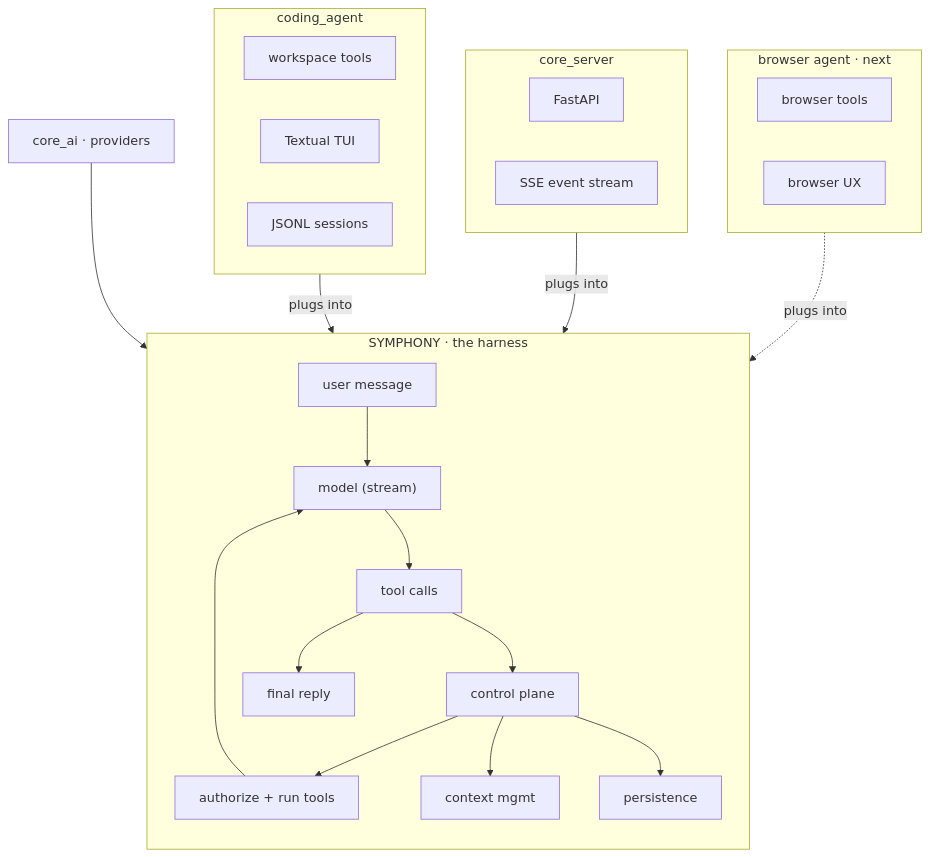
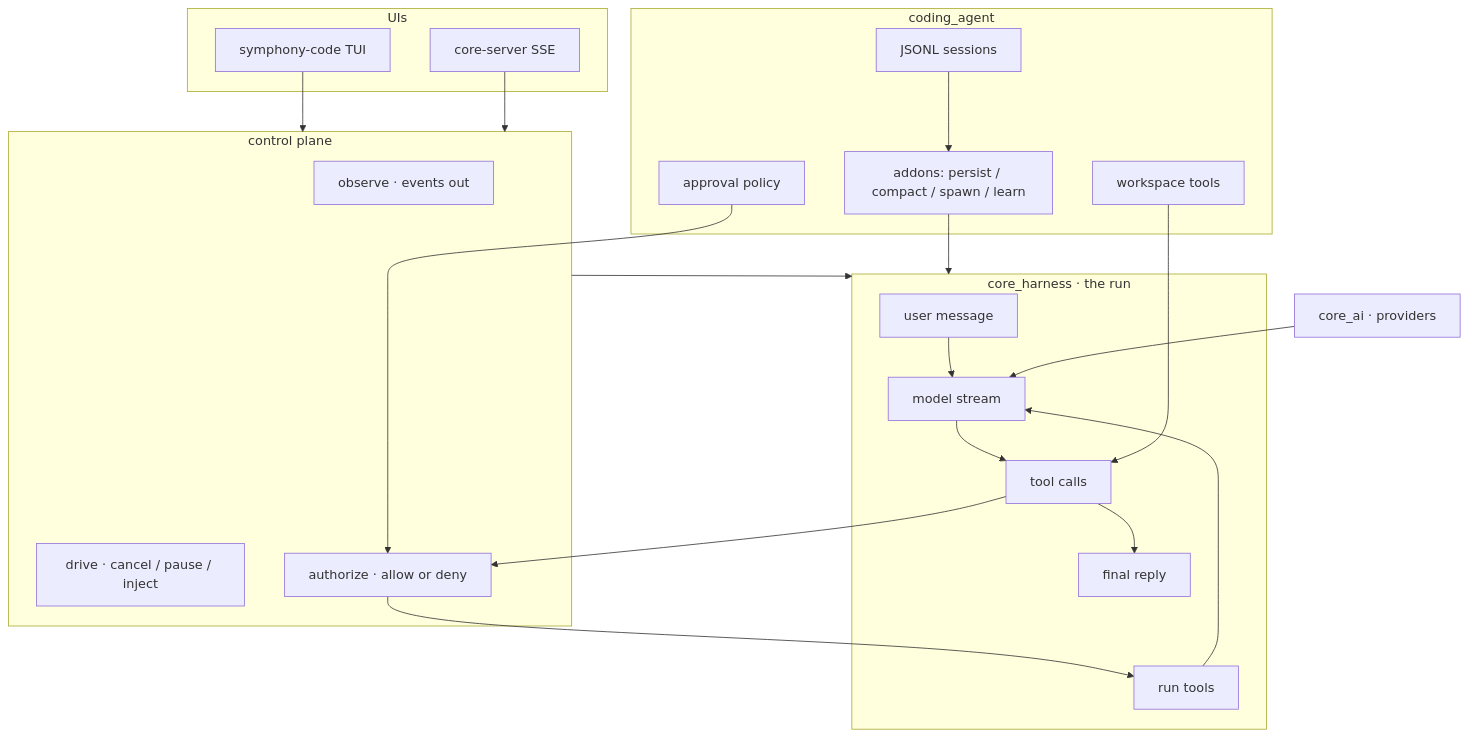
The diagram in README.md (Sarthakischauhan/symphony), drawn with Mermaid before and after one commit. The commit also changed other lines of this file and 17 other files, not shown here.

First line of the commit message:
refactor: extract approval policy from the TUI control plane

````diff
--- a/README.md
+++ b/README.md
@@ -57,36 +57,39 @@
 ```mermaid
 flowchart TD
-    subgraph SYM["SYMPHONY · the harness"]
-        direction TB
-        U["user message"] --> M["model (stream)"]
+    subgraph UI["UIs"]
+        TUI["symphony-code TUI"]
+        SSE["core-server SSE"]
+    end
+
+    subgraph CP["control plane"]
+        OBS["observe · events out"]
+        DRV["drive · cancel / pause / inject"]
+        AUTH["authorize · allow or deny"]
+    end
+
+    subgraph SYM["core_harness · the run"]
+        U["user message"] --> M["model stream"]
         M --> TC["tool calls"]
-        TC --> CP["control plane"]
-        CP --> RT["authorize + run tools"]
+        TC --> AUTH
+        AUTH --> RT["run tools"]
         RT --> M
         TC --> FR["final reply"]
-        CP --> CTX["context mgmt"]
-        CP --> PER["persistence"]
     end
 
     AI["core_ai · providers"] --> M
 
     subgraph COD["coding_agent"]
-        WS["workspace tools"]
-        TU["Textual TUI"]
-        SQ["JSONL sessions"]
+        WT["workspace tools"]
+        POL["approval policy"]
+        JSONL["JSONL sessions"]
+        ADD["addons: persist / compact / spawn / learn"]
     end
 
-    subgraph SRV["core_server"]
-        API["FastAPI"]
-        SSE["SSE event stream"]
-    end
-
-    subgraph BROW["browser agent · next"]
-        BT["browser tools"]
-        BU["browser UX"]
-    end
-
-    COD -- "plugs into" --> SYM
-    SRV -- "plugs into" --> SYM
-    BROW -. "plugs into" .-> SYM
+    TUI --> CP
+    SSE --> CP
+    CP --> SYM
+    POL --> AUTH
+    ADD --> SYM
+    WT --> TC
+    JSONL --> ADD
 ```
````
